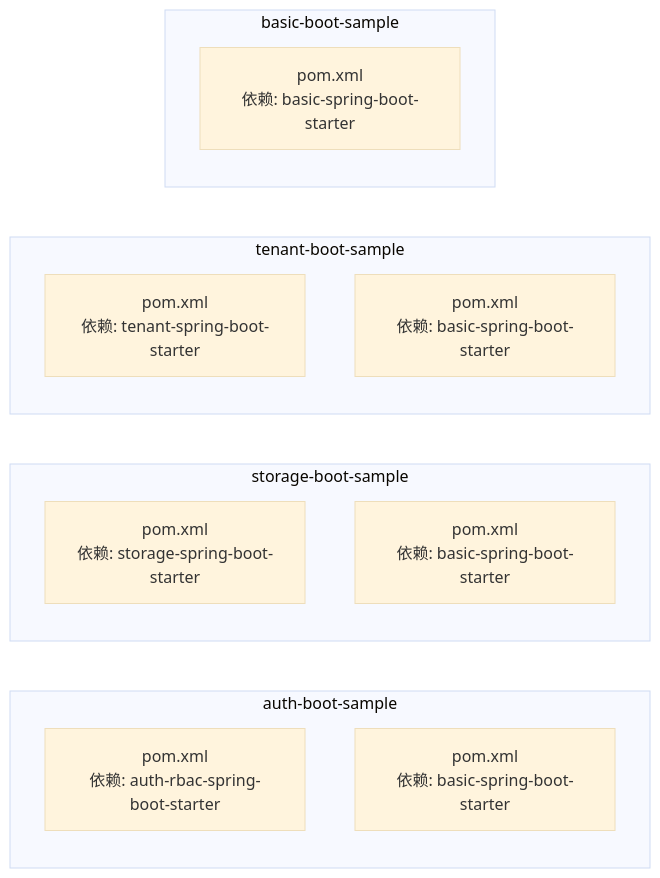
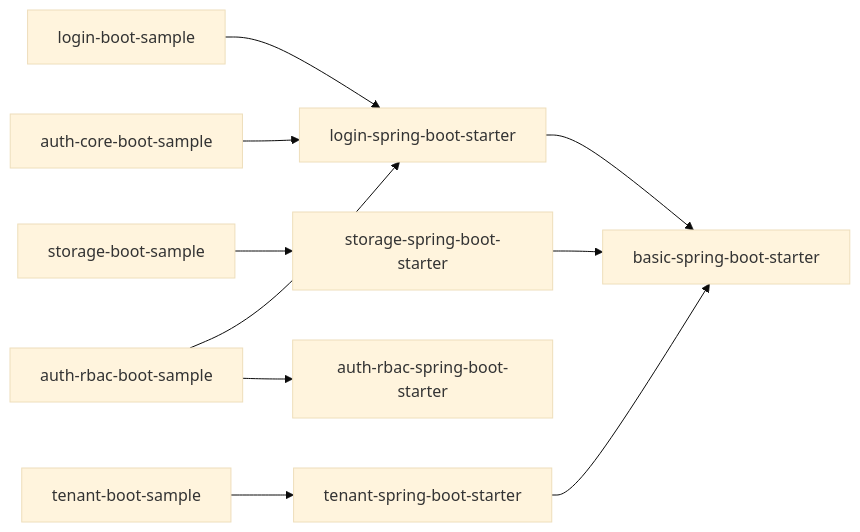
Before and after one commit to LiukewenSC/kewen-framework: the third of 4 diagrams in .qoder/repowiki/zh/content/示例应用/示例应用.md, drawn with Mermaid (base theme). The commit also changed other lines of this file and 195 other files, not shown here.

````diff
--- a/.qoder/repowiki/zh/content/示例应用/示例应用.md
+++ b/.qoder/repowiki/zh/content/示例应用/示例应用.md
@@ -294,18 +353,12 @@
 ```mermaid
 graph LR
-subgraph "auth-boot-sample"
-A1["pom.xml<br/>依赖: auth-rbac-spring-boot-starter"]
-A2["pom.xml<br/>依赖: basic-spring-boot-starter"]
-end
-subgraph "storage-boot-sample"
-S1["pom.xml<br/>依赖: storage-spring-boot-starter"]
-S2["pom.xml<br/>依赖: basic-spring-boot-starter"]
-end
-subgraph "tenant-boot-sample"
-T1["pom.xml<br/>依赖: tenant-spring-boot-starter"]
-T2["pom.xml<br/>依赖: basic-spring-boot-starter"]
-end
-subgraph "basic-boot-sample"
-B1["pom.xml<br/>依赖: basic-spring-boot-starter"]
-end
+    LoginSample["login-boot-sample"] --> LoginStarter["login-spring-boot-starter"]
+    LoginStarter --> BasicStarter["basic-spring-boot-starter"]
+    StorageSample["storage-boot-sample"] --> StorageStarter["storage-spring-boot-starter"]
+    StorageStarter --> BasicStarter
+    TenantSample["tenant-boot-sample"] --> TenantStarter["tenant-spring-boot-starter"]
+    TenantStarter --> BasicStarter
+    AuthRbacSample["auth-rbac-boot-sample"] --> LoginStarter
+    AuthRbacSample --> RbacStarter["auth-rbac-spring-boot-starter"]
+    AuthCoreSample["auth-core-boot-sample"] --> LoginStarter
 ```
````
